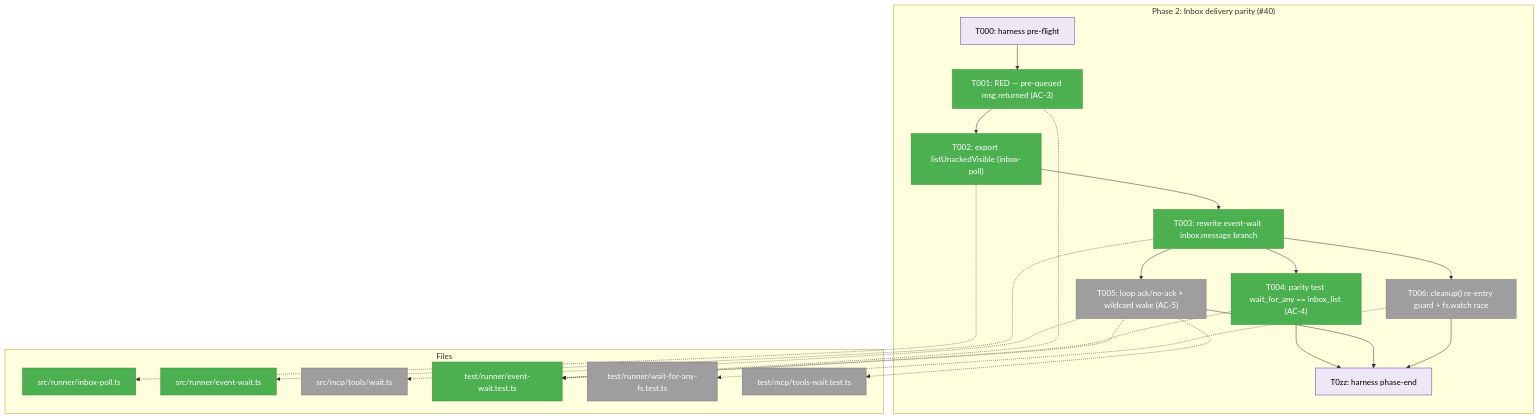
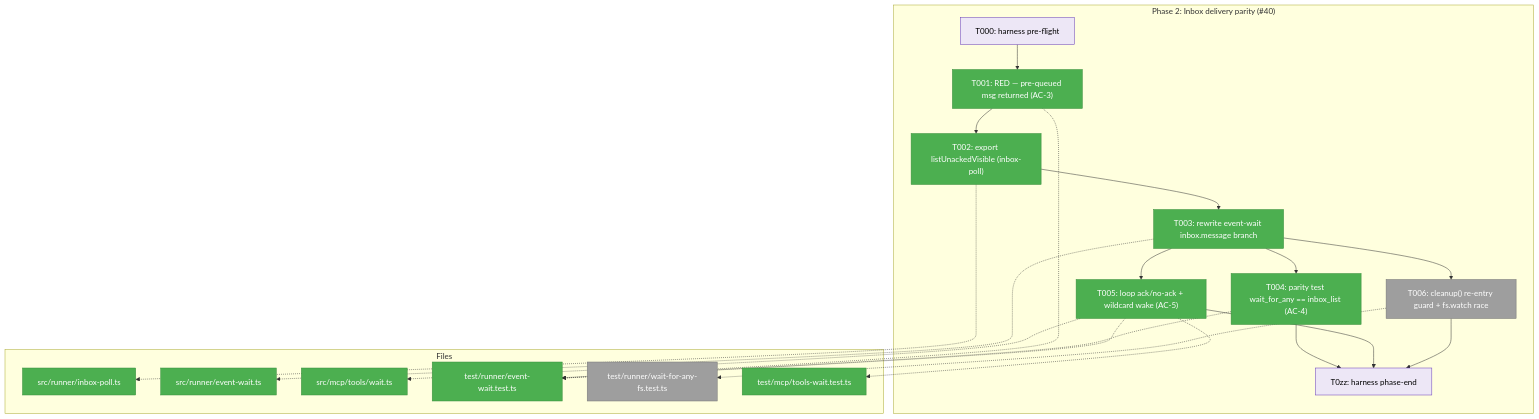
The first of 3 diagrams in docs/plans/027-companion-coordination/tasks/phase-2-inbox-delivery-parity/tasks.md (AI-Substrate/minih), drawn with Mermaid before and after one commit. The commit also changed other lines of this file and 3 other files, not shown here.

First line of the commit message:
test(runner,mcp): wildcard wake + unacked ack-loop for wait_for_any (#40 AC-5)

````diff
--- a/docs/plans/027-companion-coordination/tasks/phase-2-inbox-delivery-parity/tasks.md
+++ b/docs/plans/027-companion-coordination/tasks/phase-2-inbox-delivery-parity/tasks.md
@@ -79,43 +79,43 @@
 ```mermaid
 flowchart TD
     classDef pending fill:#9E9E9E,stroke:#757575,color:#fff
     classDef completed fill:#4CAF50,stroke:#388E3C,color:#fff
     classDef seam fill:#EDE7F6,stroke:#673AB7,color:#000
 
     subgraph Phase["Phase 2: Inbox delivery parity (#40)"]
         T000["T000: harness pre-flight"]:::seam
         T001["T001: RED — pre-queued msg returned (AC-3)"]:::completed
         T002["T002: export listUnackedVisible (inbox-poll)"]:::completed
         T003["T003: rewrite event-wait inbox.message branch"]:::completed
         T004["T004: parity test wait_for_any == inbox_list (AC-4)"]:::completed
-        T005["T005: loop ack/no-ack + wildcard wake (AC-5)"]:::pending
+        T005["T005: loop ack/no-ack + wildcard wake (AC-5)"]:::completed
         T006["T006: cleanup() re-entry guard + fs.watch race"]:::pending
         T0zz["T0zz: harness phase-end"]:::seam
 
         T000 --> T001 --> T002 --> T003
         T003 --> T004
         T003 --> T005
         T003 --> T006
         T004 --> T0zz
         T005 --> T0zz
         T006 --> T0zz
     end
 
     subgraph Files["Files"]
         F1["src/runner/inbox-poll.ts"]:::completed
         F2["src/runner/event-wait.ts"]:::completed
-        F3["src/mcp/tools/wait.ts"]:::pending
+        F3["src/mcp/tools/wait.ts"]:::completed
         FT1["test/runner/event-wait.test.ts"]:::completed
         FT2["test/runner/wait-for-any-fs.test.ts"]:::pending
-        FT3["test/mcp/tools-wait.test.ts"]:::pending
+        FT3["test/mcp/tools-wait.test.ts"]:::completed
     end
 
     T002 -.-> F1
     T003 -.-> F2
     T001 -.-> FT1
     T004 -.-> FT1
     T005 -.-> FT1
     T005 -.-> FT3
     T006 -.-> FT2
     T005 -.-> F3
 ```
````
